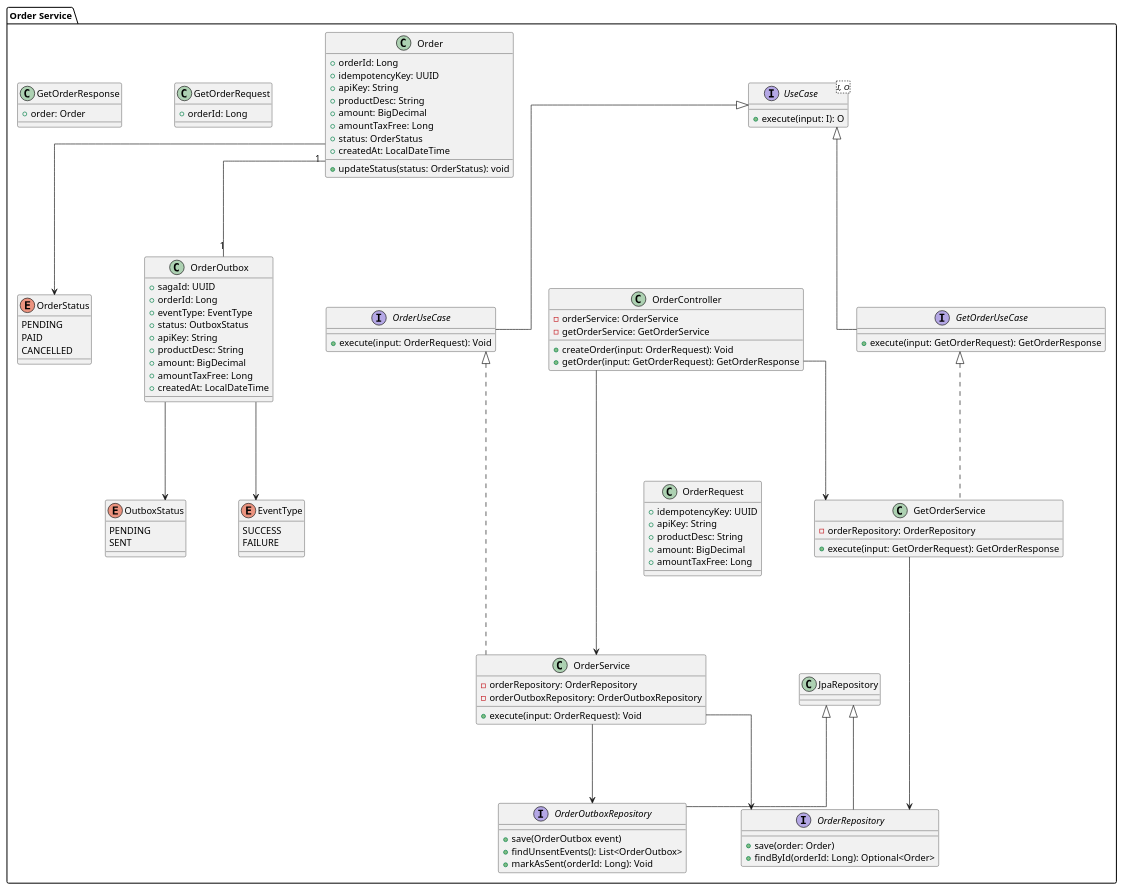
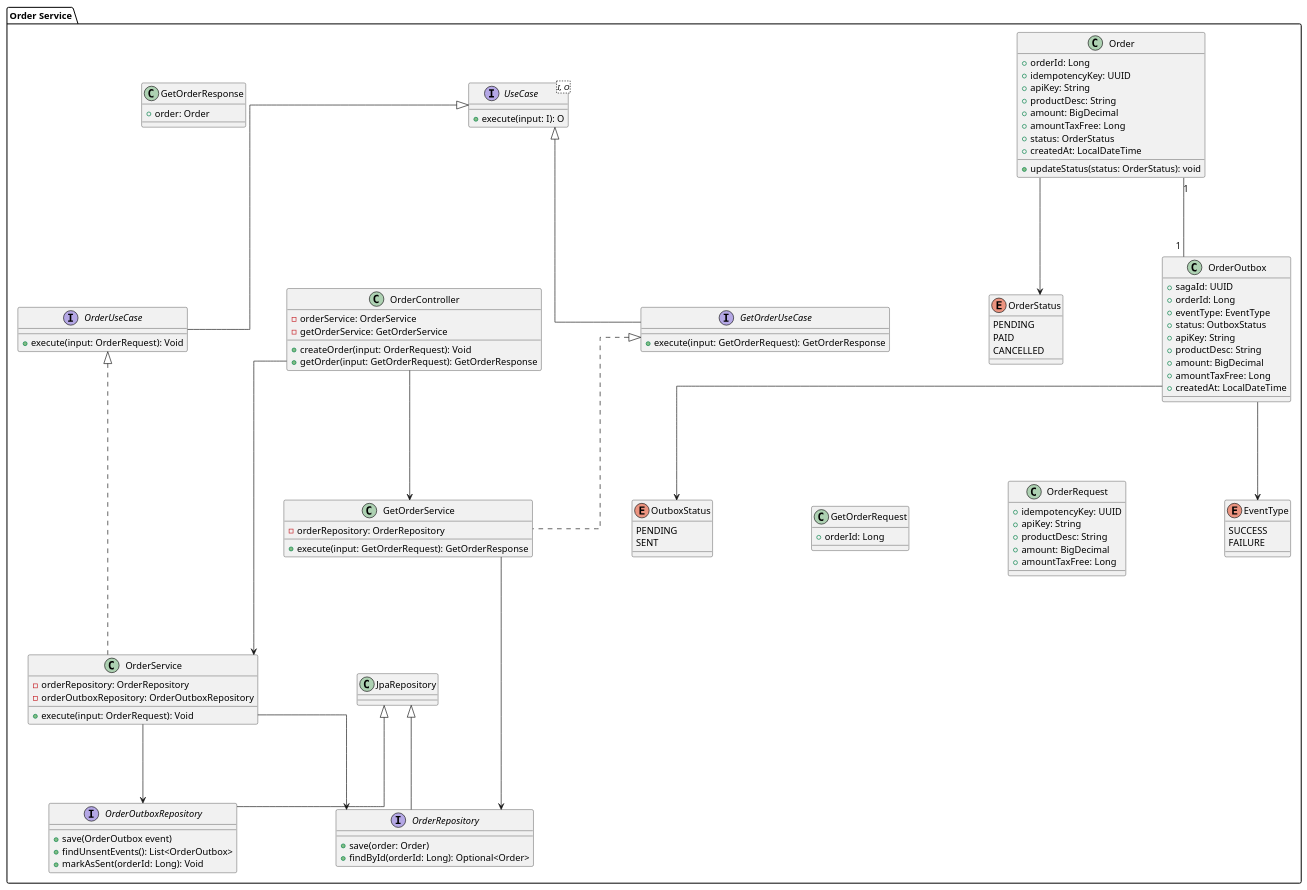
Before and after one commit to Paycore-Team/Paycore: the diagram in order-service/OrderClassDiagram.puml, drawn with PlantUML. The commit also changed 2 other files, not shown here.

Commit message:
[REFACTOR] 주문·결제 클래스/콜라보레이션 다이어그램 보완 및 레이아웃 조정

```diff
--- a/order-service/OrderClassDiagram.puml
+++ b/order-service/OrderClassDiagram.puml
@@ -1,128 +1,129 @@
 @startuml
 skinparam linetype ortho
 package "Order Service" {
 skinparam ranksep 120
-skinparam nodesep 80
+skinparam nodesep 150
 
 GetOrderService -[hidden]l-> OrderRequest
 GetOrderService -[hidden]d-> JpaRepository
+GetOrderRequest -[hidden]r-> OrderRequest
 
   class Order {
     +orderId: Long
     +idempotencyKey: UUID
     +apiKey: String
     +productDesc: String
     +amount: BigDecimal
     +amountTaxFree: Long
     +status: OrderStatus
     +createdAt: LocalDateTime
     +updateStatus(status: OrderStatus): void
   }
 
   enum OrderStatus {
     PENDING
     PAID
     CANCELLED
   }
 
   class OrderOutbox {
       +sagaId: UUID
       +orderId: Long
       +eventType: EventType
       +status: OutboxStatus
       +apiKey: String
       +productDesc: String
       +amount: BigDecimal
       +amountTaxFree: Long
       +createdAt: LocalDateTime
   }
 
   enum OutboxStatus {
       PENDING
       SENT
   }
 
   enum EventType {
       SUCCESS
       FAILURE
   }
 
   class OrderRequest {
       +idempotencyKey: UUID
       +apiKey: String
       +productDesc: String
       +amount: BigDecimal
       +amountTaxFree: Long
   }
 
   class GetOrderRequest {
     +orderId: Long
   }
 
   class GetOrderResponse {
     +order: Order
   }
 
   class OrderController {
     -orderService: OrderService
     -getOrderService: GetOrderService
     +createOrder(input: OrderRequest): Void
     +getOrder(input: GetOrderRequest): GetOrderResponse
   }
 
   interface UseCase<I, O> {
       +execute(input: I): O
   }
 
   interface OrderUseCase {
       +execute(input: OrderRequest): Void
   }
 
   interface GetOrderUseCase {
       +execute(input: GetOrderRequest): GetOrderResponse
   }
 
   class OrderService {
     -orderRepository: OrderRepository
     -orderOutboxRepository: OrderOutboxRepository
     +execute(input: OrderRequest): Void
   }
 
   class GetOrderService {
     -orderRepository: OrderRepository
     +execute(input: GetOrderRequest): GetOrderResponse
   }
 
   interface OrderRepository {
     + save(order: Order)
     + findById(orderId: Long): Optional<Order>
   }
 
   interface OrderOutboxRepository {
     + save(OrderOutbox event)
     + findUnsentEvents(): List<OrderOutbox>
     + markAsSent(orderId: Long): Void
   }
 
   JpaRepository <|-- OrderRepository
   JpaRepository <|-- OrderOutboxRepository
 
   Order "1" -- "1" OrderOutbox
   Order --> OrderStatus
   OrderOutbox --> OutboxStatus
   OrderOutbox --> EventType
 
   OrderController --> OrderService
   OrderController --> GetOrderService
 
   OrderUseCase -up-|> UseCase
   GetOrderUseCase -up-|> UseCase
 
   OrderUseCase <|.. OrderService
   GetOrderUseCase <|.. GetOrderService
 
   OrderService --> OrderRepository
   OrderService --> OrderOutboxRepository
   GetOrderService --> OrderRepository
 }
 @enduml
```
